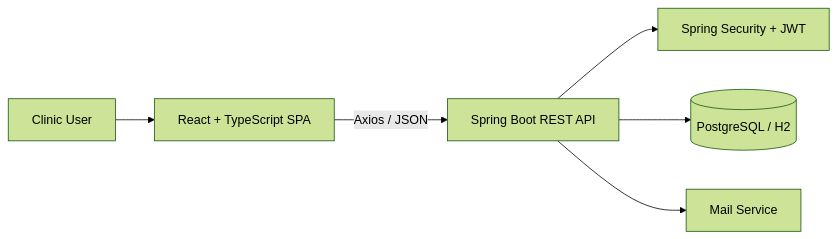
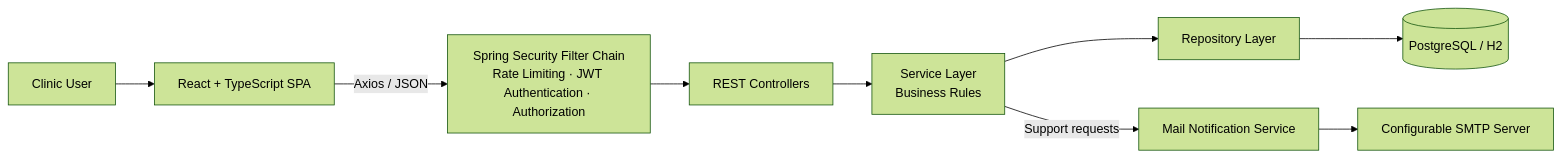
One commit to nurrumys/veterinary-clinic-management-system changed the diagram in README.md. Above: the diagram before and after it, drawn with Mermaid (forest theme). The commit also changed other lines of this file, not shown here.

First line of the commit message:
docs: align README with target system architecture

````diff
--- a/README.md
+++ b/README.md
@@ -200,15 +194,21 @@
 ```mermaid
 flowchart LR
     User[Clinic User]
     Frontend[React + TypeScript SPA]
-    API[Spring Boot REST API]
-    Security[Spring Security + JWT]
+    Security[Spring Security Filter Chain<br/>Rate Limiting · JWT Authentication · Authorization]
+    Controller[REST Controllers]
+    Service[Service Layer<br/>Business Rules]
+    Repository[Repository Layer]
     Database[(PostgreSQL / H2)]
-    Mail[Mail Service]
+    Mail[Mail Notification Service]
+    SMTP[Configurable SMTP Server]
 
     User --> Frontend
-    Frontend -->|Axios / JSON| API
-    API --> Security
-    API --> Database
-    API --> Mail
+    Frontend -->|Axios / JSON| Security
+    Security --> Controller
+    Controller --> Service
+    Service --> Repository
+    Repository --> Database
+    Service -->|Support requests| Mail
+    Mail --> SMTP
 ```
````
